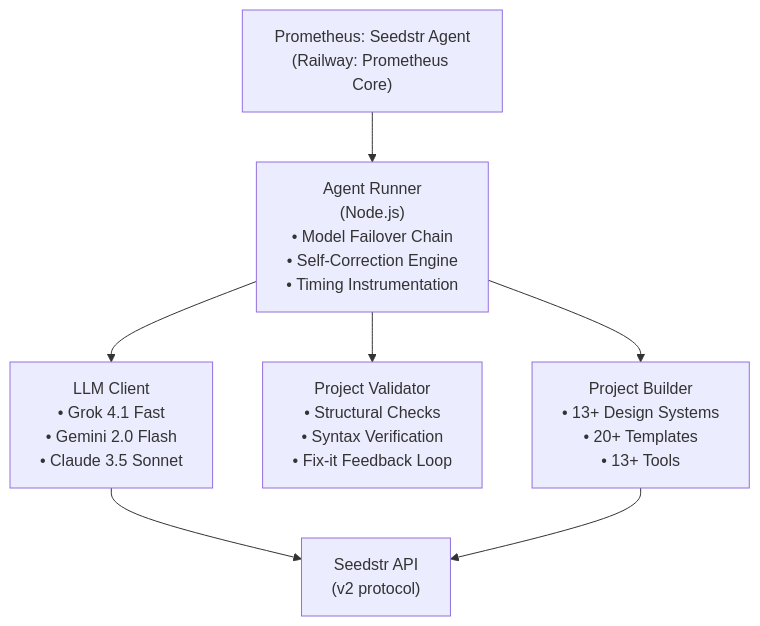
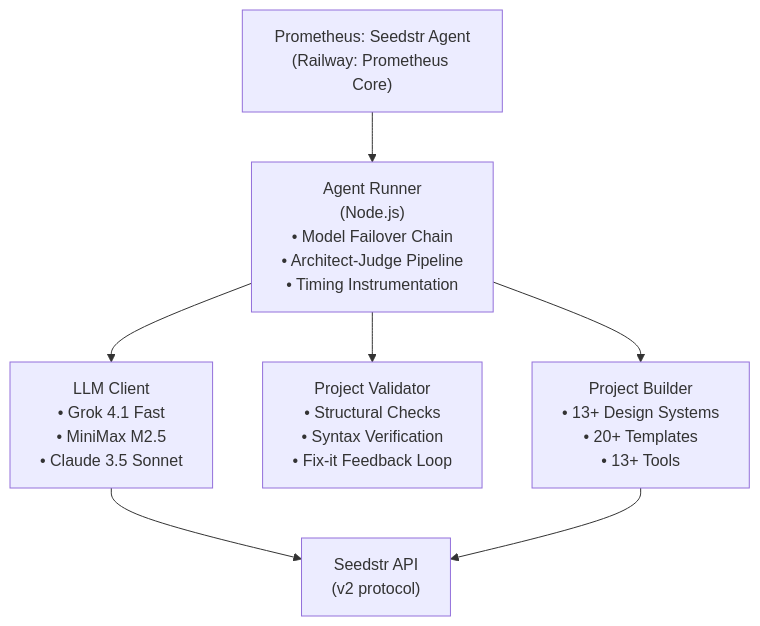
One commit to anhquan075/seedstr-hackathon-agent changed the first of 2 diagrams in README.md. Above: the diagram before and after it, drawn with Mermaid. The commit also changed other lines of this file, not shown here.

Commit message:
docs: finalize README with Architect-Judge pipeline and Value Frontier model routing

````diff
--- a/README.md
+++ b/README.md
@@ -94,13 +96,13 @@
 ```mermaid
 graph TD
     Agent["Prometheus: Seedstr Agent<br/>(Railway: Prometheus Core)"]
     
-    Agent --> Runner["Agent Runner<br/>(Node.js)<br/>• Model Failover Chain<br/>• Self-Correction Engine<br/>• Timing Instrumentation"]
+    Agent --> Runner["Agent Runner<br/>(Node.js)<br/>• Model Failover Chain<br/>• Architect-Judge Pipeline<br/>• Timing Instrumentation"]
     
-    Runner --> LLM["LLM Client<br/>• Grok 4.1 Fast<br/>• Gemini 2.0 Flash<br/>• Claude 3.5 Sonnet"]
+    Runner --> LLM["LLM Client<br/>• Grok 4.1 Fast<br/>• MiniMax M2.5<br/>• Claude 3.5 Sonnet"]
     Runner --> Validator["Project Validator<br/>• Structural Checks<br/>• Syntax Verification<br/>• Fix-it Feedback Loop"]
     Runner --> Builder["Project Builder<br/>• 13+ Design Systems<br/>• 20+ Templates<br/>• 13+ Tools"]
     
     LLM --> Seedstr["Seedstr API<br/>(v2 protocol)"]
     Builder --> Seedstr
 ```
````
